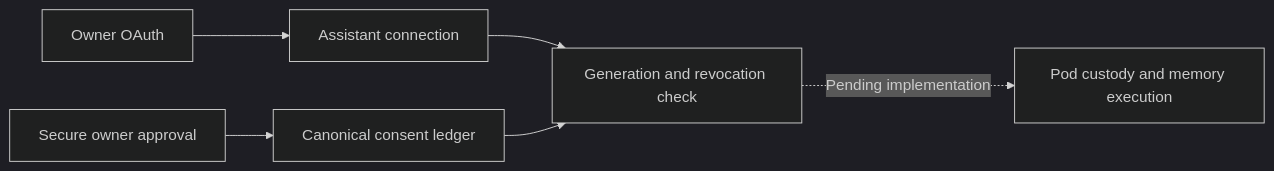
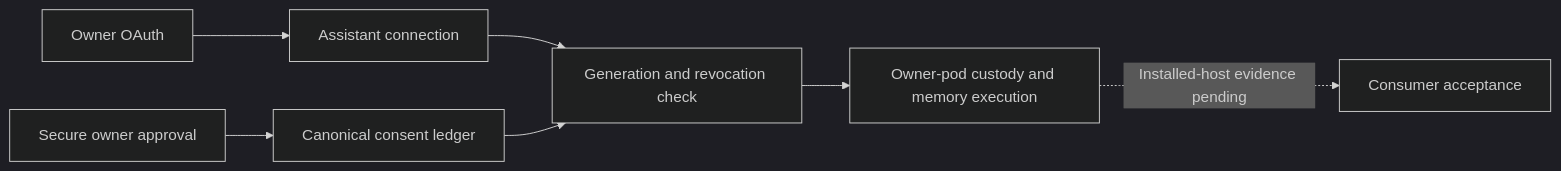
One commit to hushh-labs/hushh-research changed the diagram in docs/future/personal-agent/CONSUMER-MCP-EXECUTION.md. Above: the diagram before and after it, drawn with Mermaid (dark theme). The commit also changed other lines of this file, not shown here.

Commit message:
docs(mcp): refresh custody execution evidence

````diff
--- a/docs/future/personal-agent/CONSUMER-MCP-EXECUTION.md
+++ b/docs/future/personal-agent/CONSUMER-MCP-EXECUTION.md
@@ -7,8 +7,9 @@
 ```mermaid
 flowchart LR
     oauth[Owner OAuth] --> binding[Assistant connection]
     review[Secure owner approval] --> ledger[Canonical consent ledger]
     binding --> fence[Generation and revocation check]
     ledger --> fence
-    fence -. Pending implementation .-> runtime[Pod custody and memory execution]
+    fence --> runtime[Owner-pod custody and memory execution]
+    runtime -. Installed-host evidence pending .-> live[Consumer acceptance]
 ```
````
